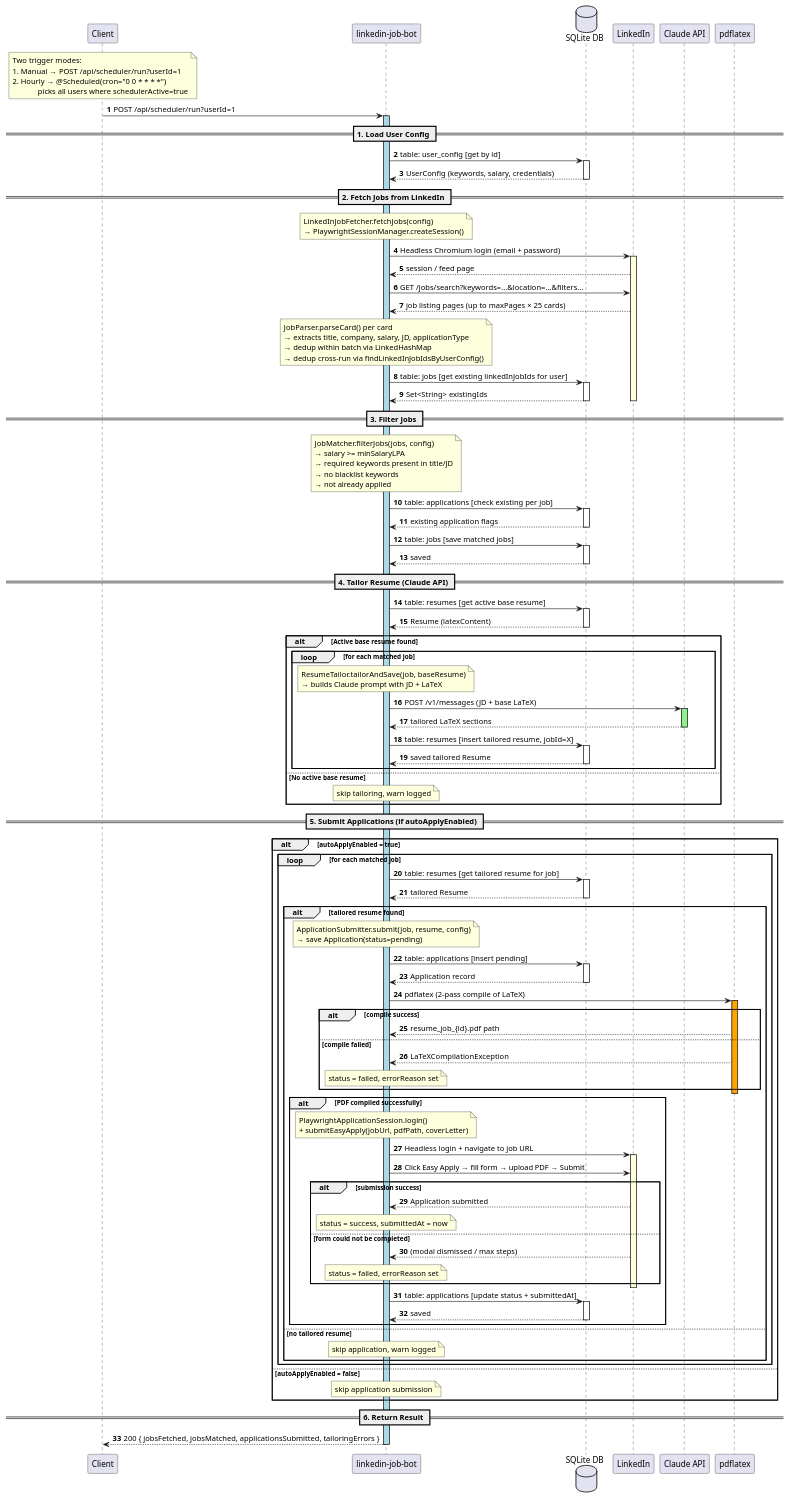
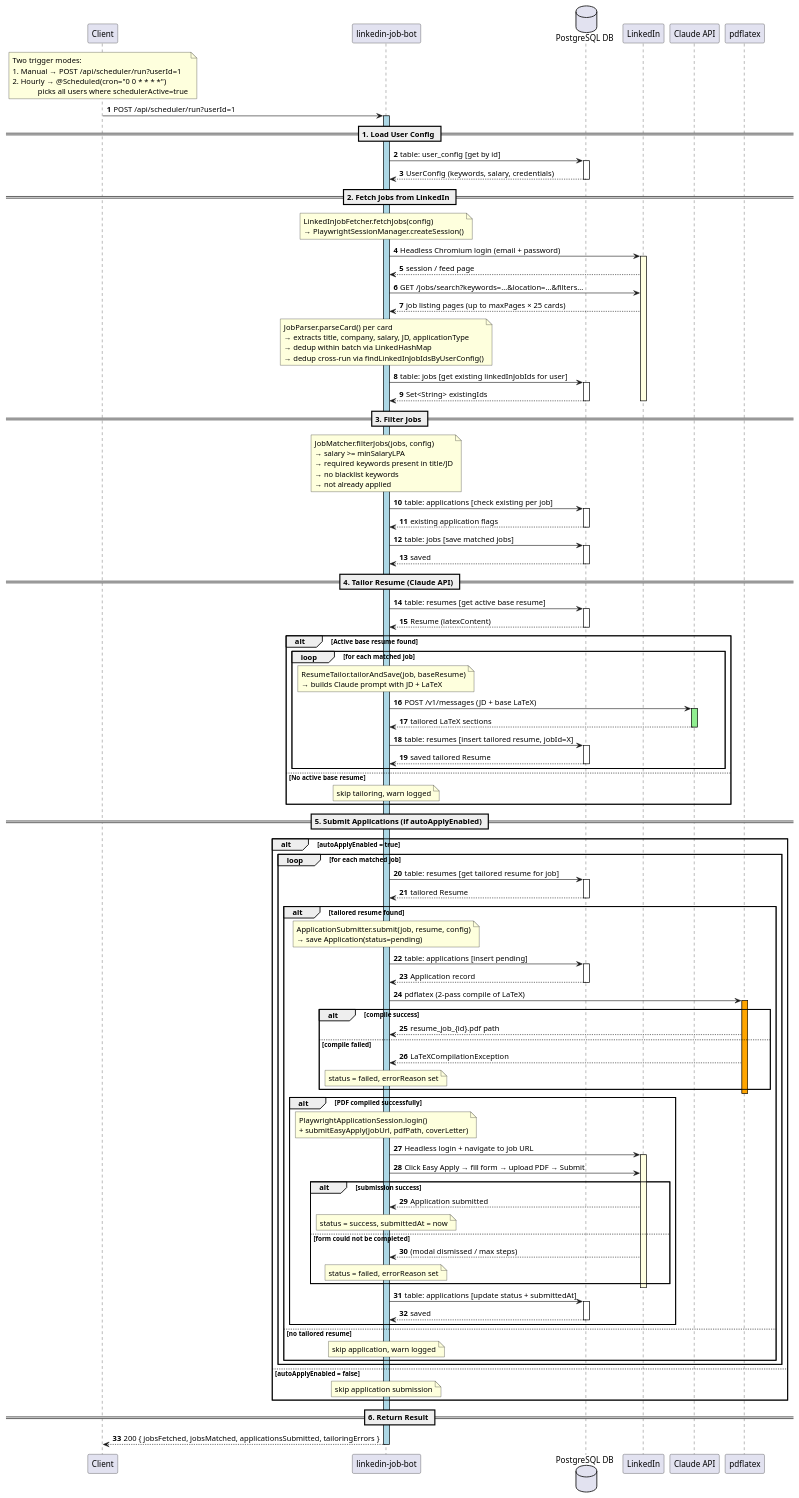
The diagram in docs/sequence-diagrams/end-to-end-pipeline.puml (jiveshanand007/linkedin-job-bot), drawn with PlantUML before and after one commit. The commit also changed 40 other files, not shown here.

First line of the commit message:
chore: migrate from SQLite to PostgreSQL, add .gitignore

```diff
--- a/docs/sequence-diagrams/end-to-end-pipeline.puml
+++ b/docs/sequence-diagrams/end-to-end-pipeline.puml
@@ -1,182 +1,182 @@
 @startuml
 'https://plantuml.com/sequence-diagram
 autonumber
 
 ' ── Participants (I/O boundaries only) ──
 participant Client
 participant "linkedin-job-bot" as bot
-database "SQLite DB" as db
+database "PostgreSQL DB" as db
 participant "LinkedIn" as linkedin
 participant "Claude API" as claude
 participant "pdflatex" as latex
 
 ' ══════════════════════════════════════════════
 ' TRIGGER: Manual OR Hourly @Scheduled
 ' ══════════════════════════════════════════════
 
 note over Client
   Two trigger modes:
   1. Manual  → POST /api/scheduler/run?userId=1
   2. Hourly  → @Scheduled(cron="0 0 * * * *")
                picks all users where schedulerActive=true
 end note
 
 Client -> bot: POST /api/scheduler/run?userId=1
 
 activate bot #LightBlue
 
 == 1. Load User Config ==
 
 bot -> db: table: user_config [get by id]
 activate db
 db --> bot: UserConfig (keywords, salary, credentials)
 deactivate db
 
 == 2. Fetch Jobs from LinkedIn ==
 
 note over bot
   LinkedInJobFetcher.fetchJobs(config)
   → PlaywrightSessionManager.createSession()
 end note
 
 bot -> linkedin: Headless Chromium login (email + password)
 activate linkedin #LightYellow
 linkedin --> bot: session / feed page
 bot -> linkedin: GET /jobs/search?keywords=...&location=...&filters...
 linkedin --> bot: job listing pages (up to maxPages × 25 cards)
 note over bot
   JobParser.parseCard() per card
   → extracts title, company, salary, JD, applicationType
   → dedup within batch via LinkedHashMap
   → dedup cross-run via findLinkedInJobIdsByUserConfig()
 end note
 bot -> db: table: jobs [get existing linkedInJobIds for user]
 activate db
 db --> bot: Set<String> existingIds
 deactivate db
 deactivate linkedin
 
 == 3. Filter Jobs ==
 
 note over bot
   JobMatcher.filterJobs(jobs, config)
   → salary >= minSalaryLPA
   → required keywords present in title/JD
   → no blacklist keywords
   → not already applied
 end note
 
 bot -> db: table: applications [check existing per job]
 activate db
 db --> bot: existing application flags
 deactivate db
 
 bot -> db: table: jobs [save matched jobs]
 activate db
 db --> bot: saved
 deactivate db
 
 == 4. Tailor Resume (Claude API) ==
 
 bot -> db: table: resumes [get active base resume]
 activate db
 db --> bot: Resume (latexContent)
 deactivate db
 
 alt Active base resume found
 
   loop for each matched job
     note over bot
       ResumeTailor.tailorAndSave(job, baseResume)
       → builds Claude prompt with JD + LaTeX
     end note
 
     bot -> claude: POST /v1/messages (JD + base LaTeX)
     activate claude #LightGreen
     claude --> bot: tailored LaTeX sections
     deactivate claude
 
     bot -> db: table: resumes [insert tailored resume, jobId=X]
     activate db
     db --> bot: saved tailored Resume
     deactivate db
   end
 
 else No active base resume
   note over bot: skip tailoring, warn logged
 end
 
 == 5. Submit Applications (if autoApplyEnabled) ==
 
 alt autoApplyEnabled = true
 
   loop for each matched job
 
     bot -> db: table: resumes [get tailored resume for job]
     activate db
     db --> bot: tailored Resume
     deactivate db
 
     alt tailored resume found
 
       note over bot
         ApplicationSubmitter.submit(job, resume, config)
         → save Application(status=pending)
       end note
 
       bot -> db: table: applications [insert pending]
       activate db
       db --> bot: Application record
       deactivate db
 
       bot -> latex: pdflatex (2-pass compile of LaTeX)
       activate latex #Orange
       alt compile success
         latex --> bot: resume_job_{id}.pdf path
       else compile failed
         latex --> bot: LaTeXCompilationException
         note over bot: status = failed, errorReason set
       end
       deactivate latex
 
       alt PDF compiled successfully
         note over bot
           PlaywrightApplicationSession.login()
           + submitEasyApply(jobUrl, pdfPath, coverLetter)
         end note
 
         bot -> linkedin: Headless login + navigate to job URL
         activate linkedin #LightYellow
         bot -> linkedin: Click Easy Apply → fill form → upload PDF → Submit
         alt submission success
           linkedin --> bot: Application submitted
           note over bot: status = success, submittedAt = now
         else form could not be completed
           linkedin --> bot: (modal dismissed / max steps)
           note over bot: status = failed, errorReason set
         end
         deactivate linkedin
 
         bot -> db: table: applications [update status + submittedAt]
         activate db
         db --> bot: saved
         deactivate db
       end
 
     else no tailored resume
       note over bot: skip application, warn logged
     end
 
   end
 
 else autoApplyEnabled = false
   note over bot: skip application submission
 end
 
 == 6. Return Result ==
 
 bot --> Client: 200 { jobsFetched, jobsMatched, applicationsSubmitted, tailoringErrors }
 
 deactivate bot
 
 @enduml
```
